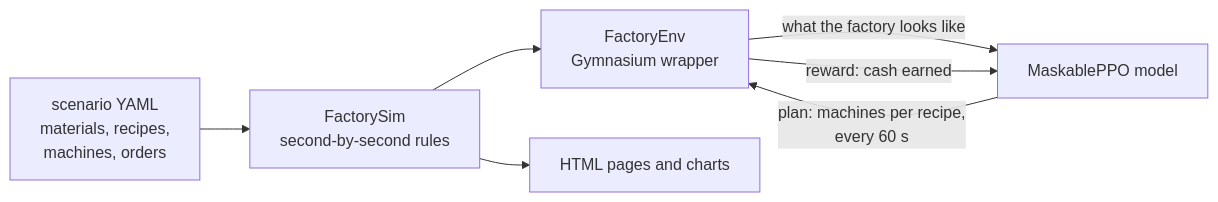
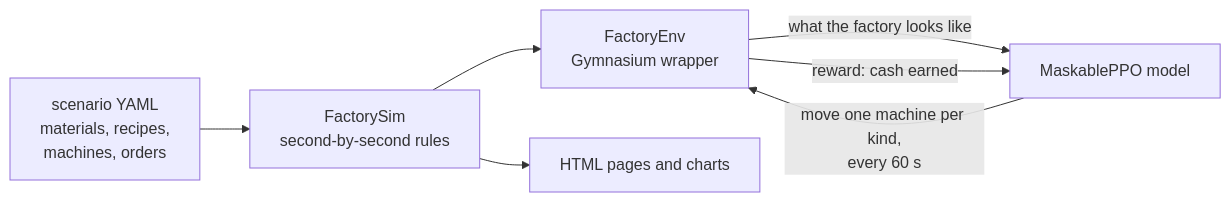
Before and after one commit to RainbowZL0/sj-ai-factory: the diagram in README.md, drawn with Mermaid. The commit also changed other lines of this file and 17 other files, not shown here.

````diff
--- a/README.md
+++ b/README.md
@@ -33,9 +33,9 @@
 ```mermaid
 flowchart LR
     A["scenario YAML<br>materials, recipes,<br>machines, orders"] --> B["FactorySim<br>second-by-second rules"]
     B --> C["FactoryEnv<br>Gymnasium wrapper"]
     C -- "what the factory looks like" --> D["MaskablePPO model"]
-    D -- "plan: machines per recipe,<br>every 60 s" --> C
+    D -- "move one machine per kind,<br>every 60 s" --> C
     C -- "reward: cash earned" --> D
     B --> E["HTML pages and charts"]
 ```
````
